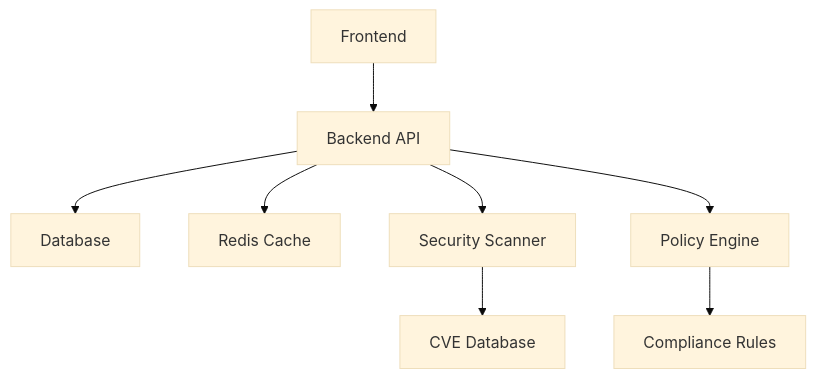
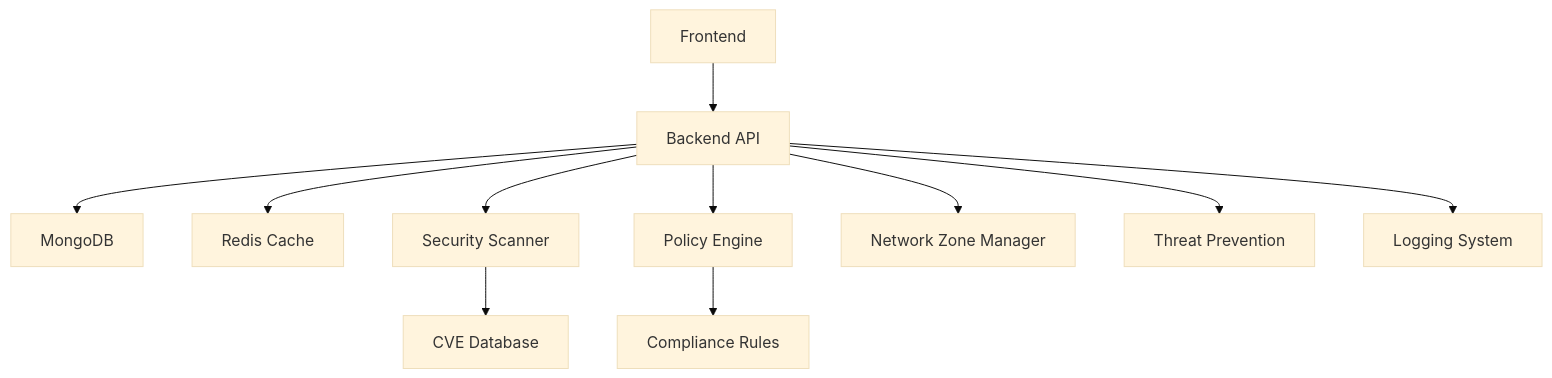
One commit to robbedell/no-buzzwords-cyber-config changed the diagram in docs/README.md. Above: the diagram before and after it, drawn with Mermaid (base theme). The commit also changed other lines of this file and 2 other files, not shown here.

````diff
--- a/docs/README.md
+++ b/docs/README.md
@@ -81,10 +86,13 @@
 ```mermaid
 graph TD
     A[Frontend] --> B[Backend API]
-    B --> C[Database]
+    B --> C[MongoDB]
     B --> D[Redis Cache]
     B --> E[Security Scanner]
     E --> F[CVE Database]
     B --> G[Policy Engine]
     G --> H[Compliance Rules]
+    B --> I[Network Zone Manager]
+    B --> J[Threat Prevention]
+    B --> K[Logging System]
 ```
````
